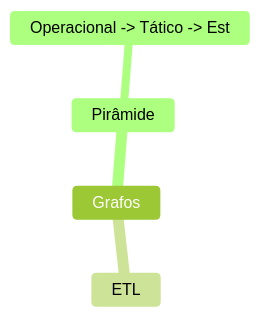
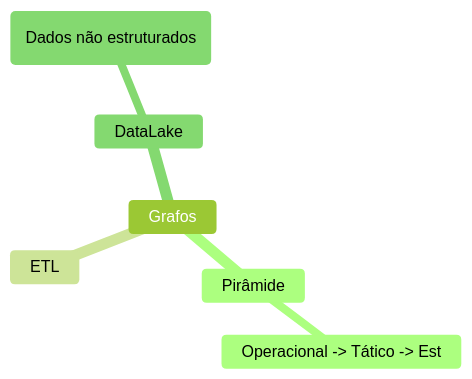
One commit to Igorino/joplin-notes changed the diagram in Mestrado/Segundo Semestre/SIN5033 - Grafos de conhecimento e Ontologias/Anotações/De Aulas/Aula do dia 2026 04 08.md. Above: the diagram before and after it, drawn with Mermaid (forest theme).

Commit message:
Exported on 2026-04-08_15-02-51

````diff
--- a/Mestrado/Segundo Semestre/SIN5033 - Grafos de conhecimento e Ontologias/Anotações/De Aulas/Aula do dia 2026 04 08.md
+++ b/Mestrado/Segundo Semestre/SIN5033 - Grafos de conhecimento e Ontologias/Anotações/De Aulas/Aula do dia 2026 04 08.md
@@ -1,8 +1,9 @@
 ```mermaid
 mindmap
 	Grafos
 		Pirâmide
 			Operacional -> Tático -> Est
 		ETL
-		
+		DataLake
+			A(Dados não estruturados)
 ```
````
